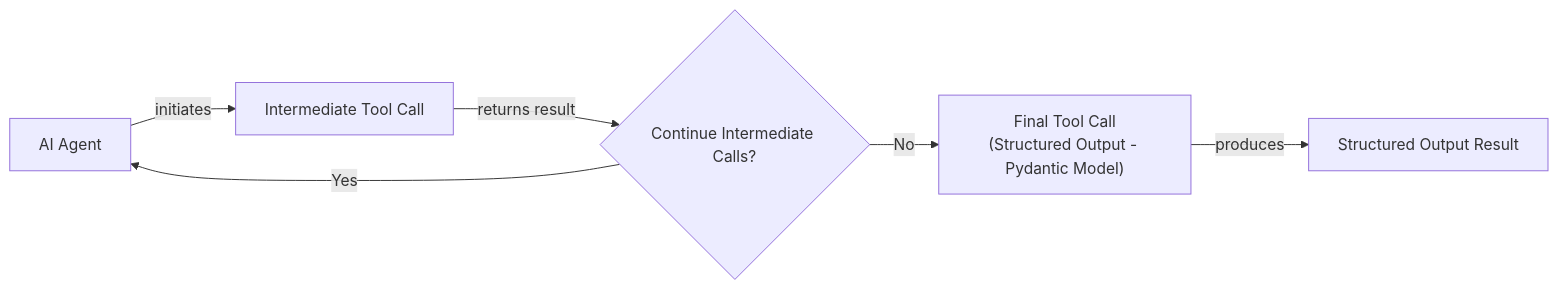
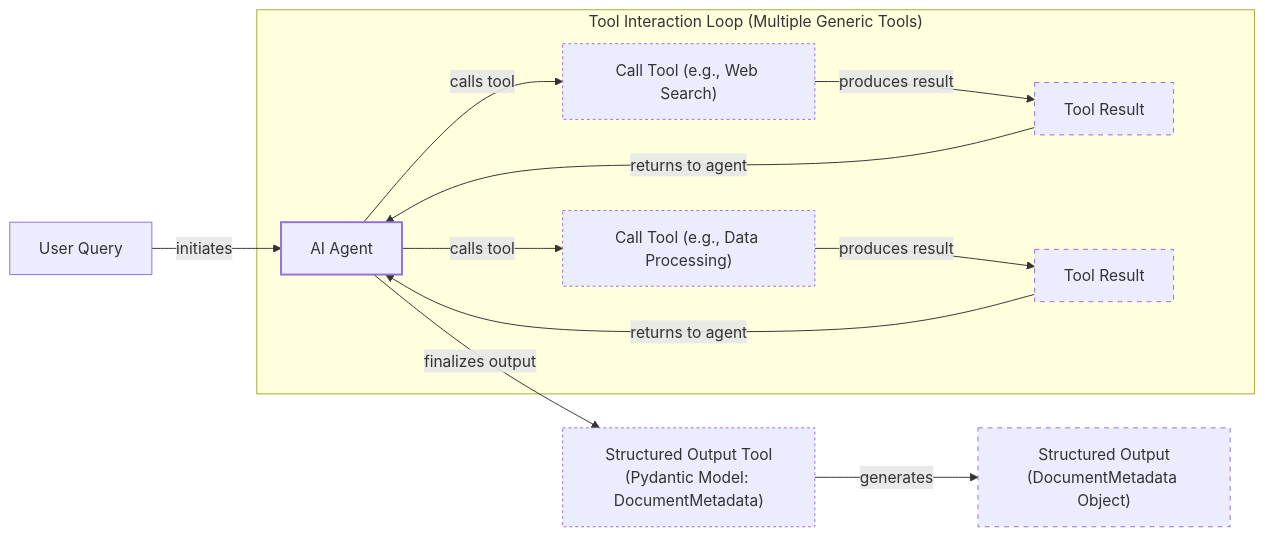
Before and after one commit to YMaXing/Research-Agent-reinforced-by-RL: the third of 4 diagrams in RL_researcher_writer_ymaxing/rl_training_data/noise_experiment/06_tools__var_standard__replicate2__preset3/article_000.md, drawn with Mermaid. The commit also changed other lines of this file and 4528 other files, not shown here.

````diff
--- a/RL_researcher_writer_ymaxing/rl_training_data/noise_experiment/06_tools__var_standard__replicate2__preset3/article_000.md
+++ b/RL_researcher_writer_ymaxing/rl_training_data/noise_experiment/06_tools__var_standard__replicate2__preset3/article_000.md
@@ -687,14 +778,36 @@
 ```mermaid
 flowchart LR
-  AI["AI Agent"]
-  IT["Intermediate Tool Call"]
-  DEC{"Continue Intermediate Calls?"}
-  FT["Final Tool Call<br/>(Structured Output - Pydantic Model)"]
-  SO["Structured Output Result"]
+  %% Start of the process
+  A["User Query"]
 
-  AI -- "initiates" --> IT
-  IT -- "returns result" --> DEC
-  DEC -- "Yes" --> AI
-  DEC -- "No" --> FT
-  FT -- "produces" --> SO
+  %% AI Agent as the central orchestrator
+  B["AI Agent"]
+
+  %% Tool Interaction Loop
+  subgraph Tool_Interaction_Loop["Tool Interaction Loop (Multiple Generic Tools)"]
+    B -- "calls tool" --> C["Call Tool (e.g., Web Search)"]
+    C -- "produces result" --> D["Tool Result"]
+    D -- "returns to agent" --> B
+
+    B -- "calls tool" --> E["Call Tool (e.g., Data Processing)"]
+    E -- "produces result" --> F["Tool Result"]
+    F -- "returns to agent" --> B
+    %% The loop continues for other generic tools, with results returning to the AI Agent
+  end
+
+  %% Final Structured Output
+  B -- "finalizes output" --> G["Structured Output Tool<br/>(Pydantic Model: DocumentMetadata)"]
+  G -- "generates" --> H["Structured Output<br/>(DocumentMetadata Object)"]
+
+  %% Primary flow connections
+  A -- "initiates" --> B
+
+  %% Visual grouping (without color styling, as per guidelines)
+  classDef agent_node stroke-width:2px
+  classDef tool_node stroke-dasharray:3,3
+  classDef result_node stroke-dasharray:5,5
+
+  class B agent_node
+  class C,E,G tool_node
+  class D,F,H result_node
 ```
````
